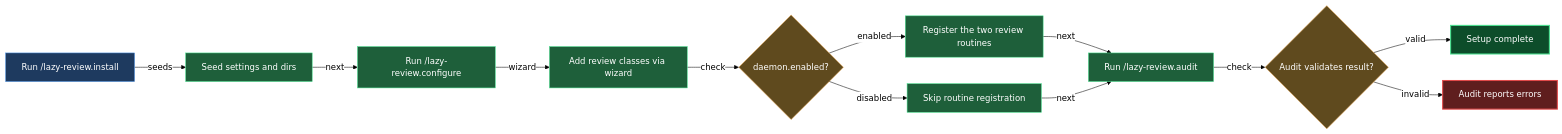
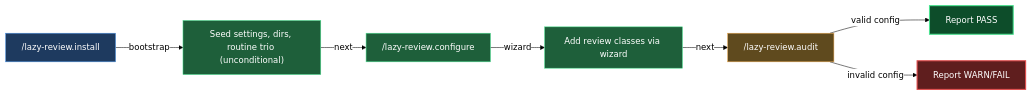
Before and after one commit to mebius-san/lazy-cortex: the diagram in claude/lazycortex-review/help/install-and-audit.md, drawn with Mermaid. The commit also changed other lines of this file and 81 other files, not shown here.

````diff
--- a/claude/lazycortex-review/help/install-and-audit.md
+++ b/claude/lazycortex-review/help/install-and-audit.md
@@ -49,45 +50,32 @@
 ```mermaid
 %%{init: {'themeVariables':{'background':'transparent','lineColor':'#000','textColor':'#000','edgeLabelBackground':'#fff'},'themeCSS':'.edgeLabel{background-color:transparent!important}.edgeLabel p{background-color:transparent!important}','flowchart':{'diagramPadding':5,'useMaxWidth':true}}}%%
 flowchart LR
-  runInstall[Run /lazy-review.install]
-  seedSettingsAndDirs[Seed settings and dirs]
-  runConfigure[Run /lazy-review.configure]
-  addReviewClasses[Add review classes via wizard]
-  daemonEnabledGate{daemon.enabled?}
-  registerScanRoutine[Register the two review routines]
-  skipScanRegistration[Skip routine registration]
-  runAudit[Run /lazy-review.audit]
-  auditValid{Audit validates result?}
-  setupComplete[Setup complete]
-  auditFailed[Audit reports errors]
+  runLazyReviewInstall["/lazy-review.install"]
+  seedSettingsAndDirs["Seed settings, dirs, routine trio (unconditional)"]
+  runLazyReviewConfigure["/lazy-review.configure"]
+  addReviewClasses["Add review classes via wizard"]
+  runLazyReviewAudit["/lazy-review.audit"]
+  reportPass["Report PASS"]
+  reportFail["Report WARN/FAIL"]
 
-  runInstall -->|seeds| seedSettingsAndDirs
-  seedSettingsAndDirs -->|next| runConfigure
-  runConfigure -->|wizard| addReviewClasses
-  addReviewClasses -->|check| daemonEnabledGate
-  daemonEnabledGate -->|enabled| registerScanRoutine
-  daemonEnabledGate -->|disabled| skipScanRegistration
-  registerScanRoutine -->|next| runAudit
-  skipScanRegistration -->|next| runAudit
-  runAudit -->|check| auditValid
-  auditValid -->|valid| setupComplete
-  auditValid -->|invalid| auditFailed
+  runLazyReviewInstall -->|bootstrap| seedSettingsAndDirs
+  seedSettingsAndDirs -->|next| runLazyReviewConfigure
+  runLazyReviewConfigure -->|wizard| addReviewClasses
+  addReviewClasses -->|next| runLazyReviewAudit
+  runLazyReviewAudit -->|valid config| reportPass
+  runLazyReviewAudit -->|invalid config| reportFail
 
   classDef entry fill:#1e3a5f,stroke:#4a90e2,color:#fff
+  classDef action fill:#1e5f3a,stroke:#4ae290,color:#fff
   classDef guard fill:#5f4a1e,stroke:#e2a14a,color:#fff
-  classDef action fill:#1e5f3a,stroke:#4ae290,color:#fff
   classDef success fill:#0d4d2a,stroke:#4ae290,color:#fff,stroke-width:2px
   classDef error fill:#5f1e1e,stroke:#e24a4a,color:#fff,stroke-width:2px
 
-  class runInstall entry
+  class runLazyReviewInstall entry
   class seedSettingsAndDirs action
-  class runConfigure action
+  class runLazyReviewConfigure action
   class addReviewClasses action
-  class daemonEnabledGate guard
-  class registerScanRoutine action
-  class skipScanRegistration action
-  class runAudit action
-  class auditValid guard
-  class setupComplete success
-  class auditFailed error
+  class runLazyReviewAudit guard
+  class reportPass success
+  class reportFail error
 ```
````
